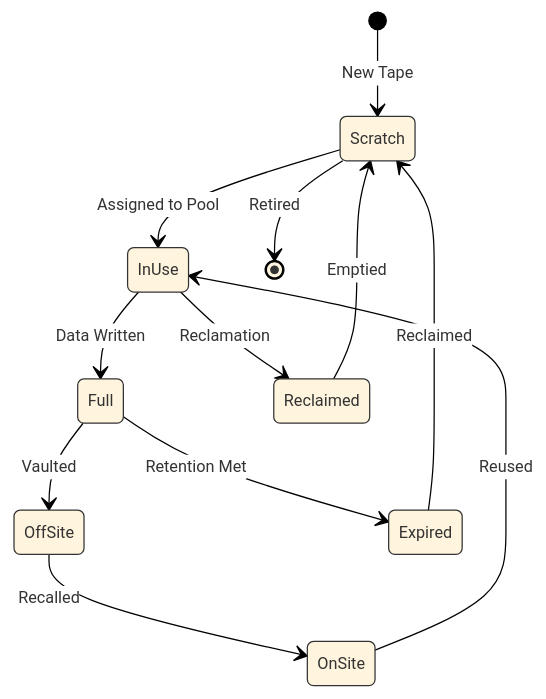
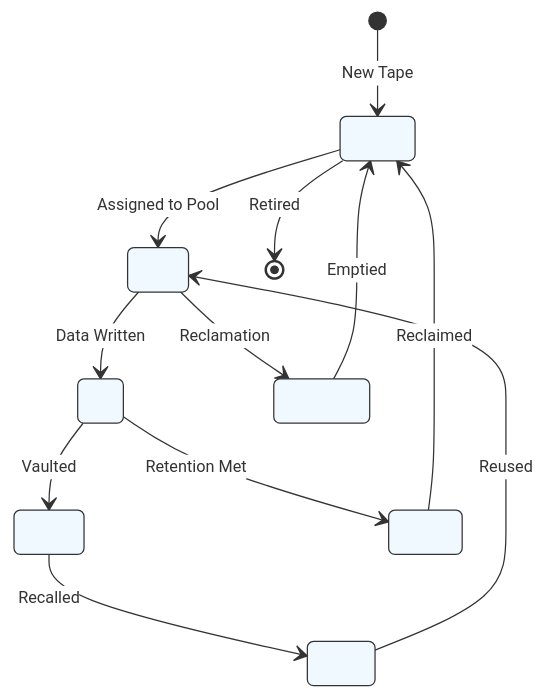
Before and after one commit to TarSemaj/storage-protect-galaxy: diagram 17 of 17 in blueprint/integrations/data-protect/defender-data-protect-with-storage-protect-tape-integration.md, drawn with Mermaid. The commit also changed other lines of this file, not shown here.

Commit message:
Diagram formatting changes

````diff
--- a/blueprint/integrations/data-protect/defender-data-protect-with-storage-protect-tape-integration.md
+++ b/blueprint/integrations/data-protect/defender-data-protect-with-storage-protect-tape-integration.md
@@ -1913,15 +1932,15 @@
 ```mermaid
-%%{init: {'theme':'base', 'themeVariables': {'fontSize':'13px', 'fontFamily':'arial', 'background':'white', 'primaryBackground':'white', 'nodeBorder':'#333333', 'edgeLabelBackground':'white'}}}%%
+%%{init: {'theme':'base', 'themeVariables': {'fontSize':'13px', 'fontFamily':'arial', 'background':'white', 'primaryBackground':'white', 'mainBkg':'white', 'nodeBorder':'#333333', 'edgeLabelBackground':'white', 'primaryTextColor':'#333333', 'lineColor':'#333333', 'stateBkg':'#f0f9ff', 'stateEnd':'#333333', 'transitionColor':'#333333', 'labelColor':'#333333', 'attributeBackgroundColorOdd':'#f0f9ff', 'attributeBackgroundColorEven':'#fffaf0'}}}%%
 stateDiagram-v2
     [*] --> Scratch: New Tape
     Scratch --> InUse: Assigned to Pool
     InUse --> Full: Data Written
     Full --> OffSite: Vaulted
     OffSite --> OnSite: Recalled
     OnSite --> InUse: Reused
     InUse --> Reclaimed: Reclamation
     Reclaimed --> Scratch: Emptied
     Full --> Expired: Retention Met
     Expired --> Scratch: Reclaimed
     Scratch --> [*]: Retired
 ```
````
